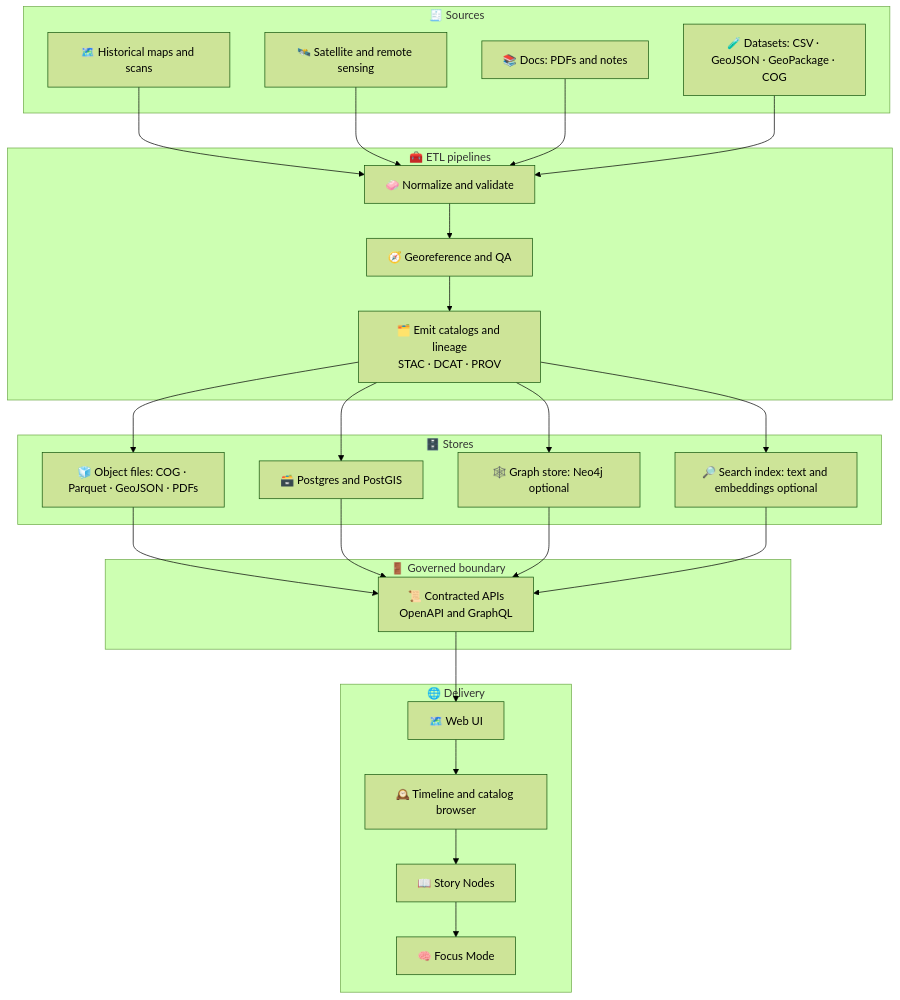
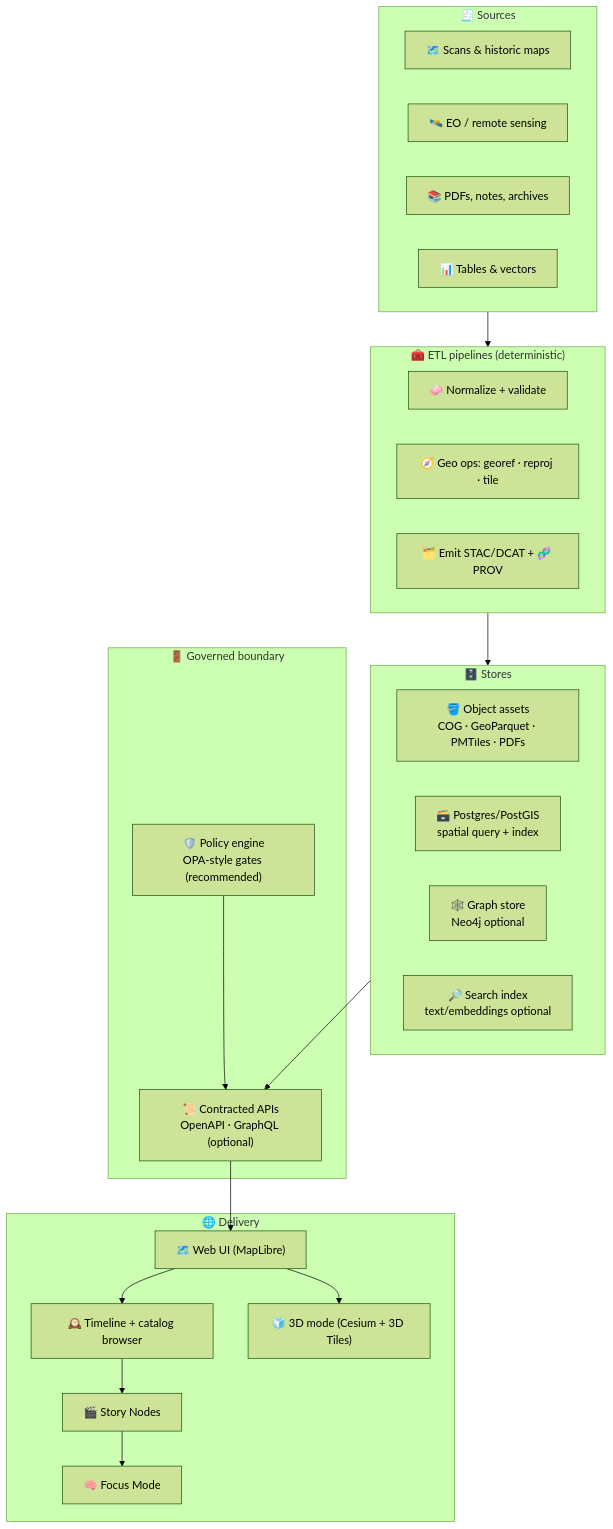
The third of 5 diagrams in web/README.md (bartytime4life/Kansas-Frontier-Matrix), drawn with Mermaid (forest theme) before and after one commit. The commit also changed other lines of this file, not shown here.

````diff
--- a/web/README.md
+++ b/web/README.md
@@ -148,48 +209,41 @@
 ```mermaid
 flowchart TB
   subgraph Sources["🧾 Sources"]
-    A["🗺️ Historical maps and scans"]
-    B["🛰️ Satellite and remote sensing"]
-    C["📚 Docs: PDFs and notes"]
-    D["🧪 Datasets: CSV · GeoJSON · GeoPackage · COG"]
+    A["🗺️ Scans & historic maps"]
+    B["🛰️ EO / remote sensing"]
+    C["📚 PDFs, notes, archives"]
+    D["📊 Tables & vectors"]
   end
 
-  subgraph Pipelines["🧰 ETL pipelines"]
-    E["🧼 Normalize and validate"]
-    F["🧭 Georeference and QA"]
-    G["🗂️ Emit catalogs and lineage<br/>STAC · DCAT · PROV"]
+  subgraph Pipelines["🧰 ETL pipelines (deterministic)"]
+    E["🧼 Normalize + validate"]
+    F["🧭 Geo ops: georef · reproj · tile"]
+    G["🗂️ Emit STAC/DCAT + 🧬 PROV"]
   end
 
   subgraph Stores["🗄️ Stores"]
-    H["🧊 Object files: COG · Parquet · GeoJSON · PDFs"]
-    I["🗃️ Postgres and PostGIS"]
-    J["🕸️ Graph store: Neo4j optional"]
-    K["🔎 Search index: text and embeddings optional"]
+    H["🪣 Object assets<br/>COG · GeoParquet · PMTiles · PDFs"]
+    I["🗃️ Postgres/PostGIS<br/>spatial query + index"]
+    J["🕸️ Graph store<br/>Neo4j optional"]
+    K["🔎 Search index<br/>text/embeddings optional"]
   end
 
   subgraph Boundary["🚪 Governed boundary"]
-    L["📜 Contracted APIs<br/>OpenAPI and GraphQL"]
+    L["📜 Contracted APIs<br/>OpenAPI · GraphQL (optional)"]
+    M["🛡️ Policy engine<br/>OPA-style gates (recommended)"]
   end
 
   subgraph UX["🌐 Delivery"]
-    M["🗺️ Web UI"]
-    N["🕰️ Timeline and catalog browser"]
-    O["📖 Story Nodes"]
-    P["🧠 Focus Mode"]
+    N["🗺️ Web UI (MapLibre)"]
+    O["🕰️ Timeline + catalog browser"]
+    P["🧊 3D mode (Cesium + 3D Tiles)"]
+    Q["🎬 Story Nodes"]
+    R["🧠 Focus Mode"]
   end
 
-  A-->E
-  B-->E
-  C-->E
-  D-->E
-  E-->F-->G
-  G-->H
-  G-->I
-  G-->J
-  G-->K
-  H-->L
-  I-->L
-  J-->L
-  K-->L
-  L-->M-->N-->O-->P
+  Sources --> Pipelines --> Stores
+  Stores --> L
+  M --> L
+  L --> N --> O --> Q --> R
+  N --> P
 ```
````
